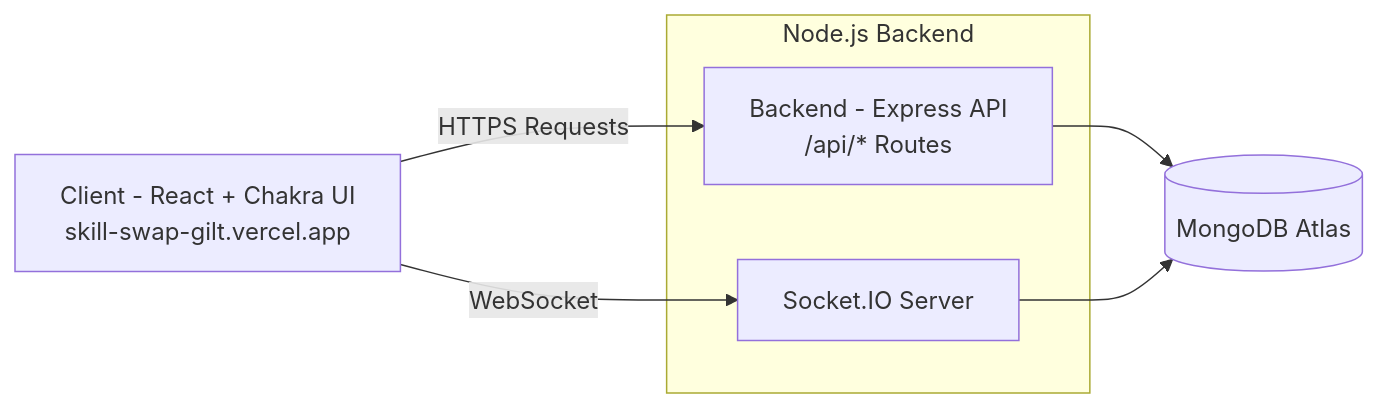
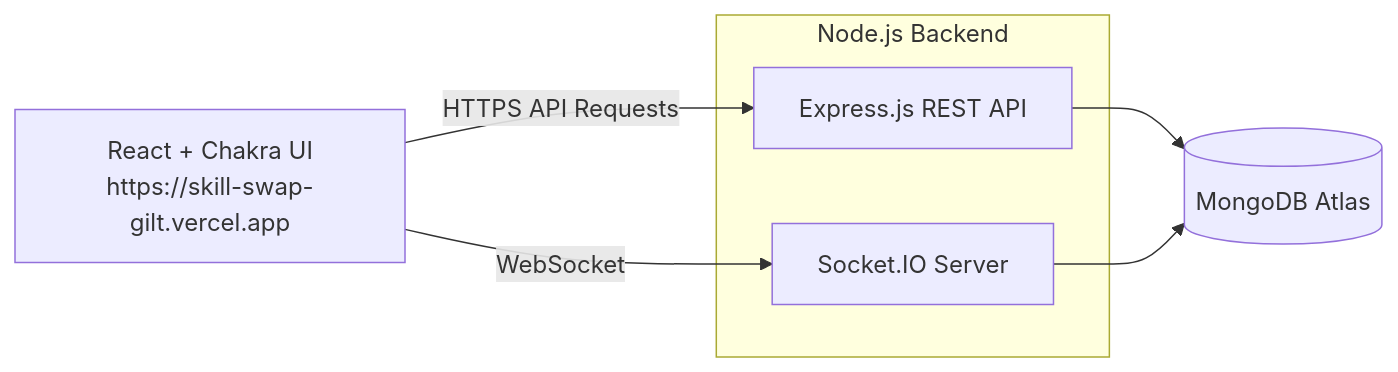
Before and after one commit to Saicharan-nukala/SkillSwap: the second of 5 diagrams in README.md, drawn with Mermaid. The commit also changed other lines of this file, not shown here.

````diff
--- a/README.md
+++ b/README.md
@@ -492,16 +492,17 @@
 ```mermaid
 flowchart LR
 
-A[Client - React + Chakra UI <br> skill-swap-gilt.vercel.app] 
-    -->|HTTPS Requests| B[Backend - Express API <br> /api/* Routes]
+Frontend[React + Chakra UI<br>https://skill-swap-gilt.vercel.app] 
+    -->|HTTPS API Requests| Backend[Express.js REST API]
 
-A -->|WebSocket| C[Socket.IO Server]
+Frontend -->|WebSocket| SocketServer[Socket.IO Server]
 
-B --> D[(MongoDB Atlas)]
-C --> D
+Backend --> MongoDB[(MongoDB Atlas)]
+SocketServer --> MongoDB
 
-subgraph "Node.js Backend"
-B
-C
+subgraph Node.js Backend
+Backend
+SocketServer
 end
+
 ```
````
